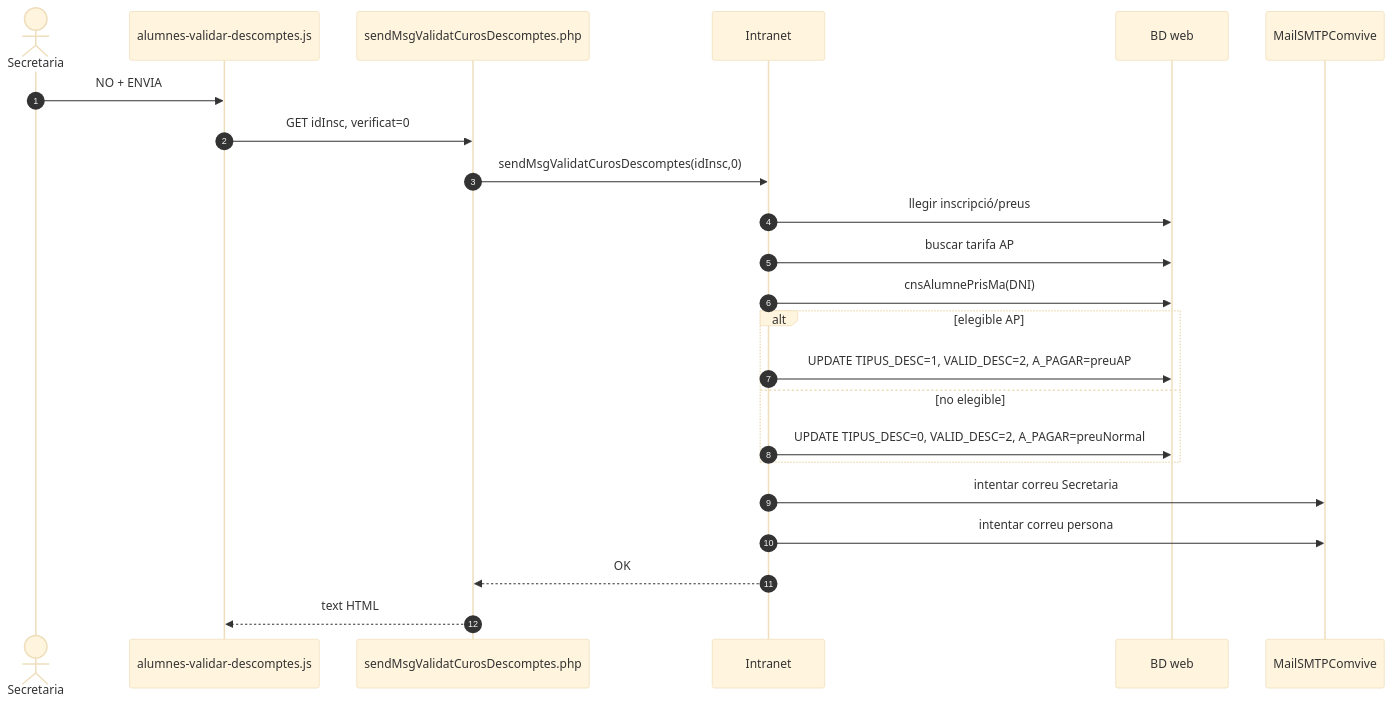
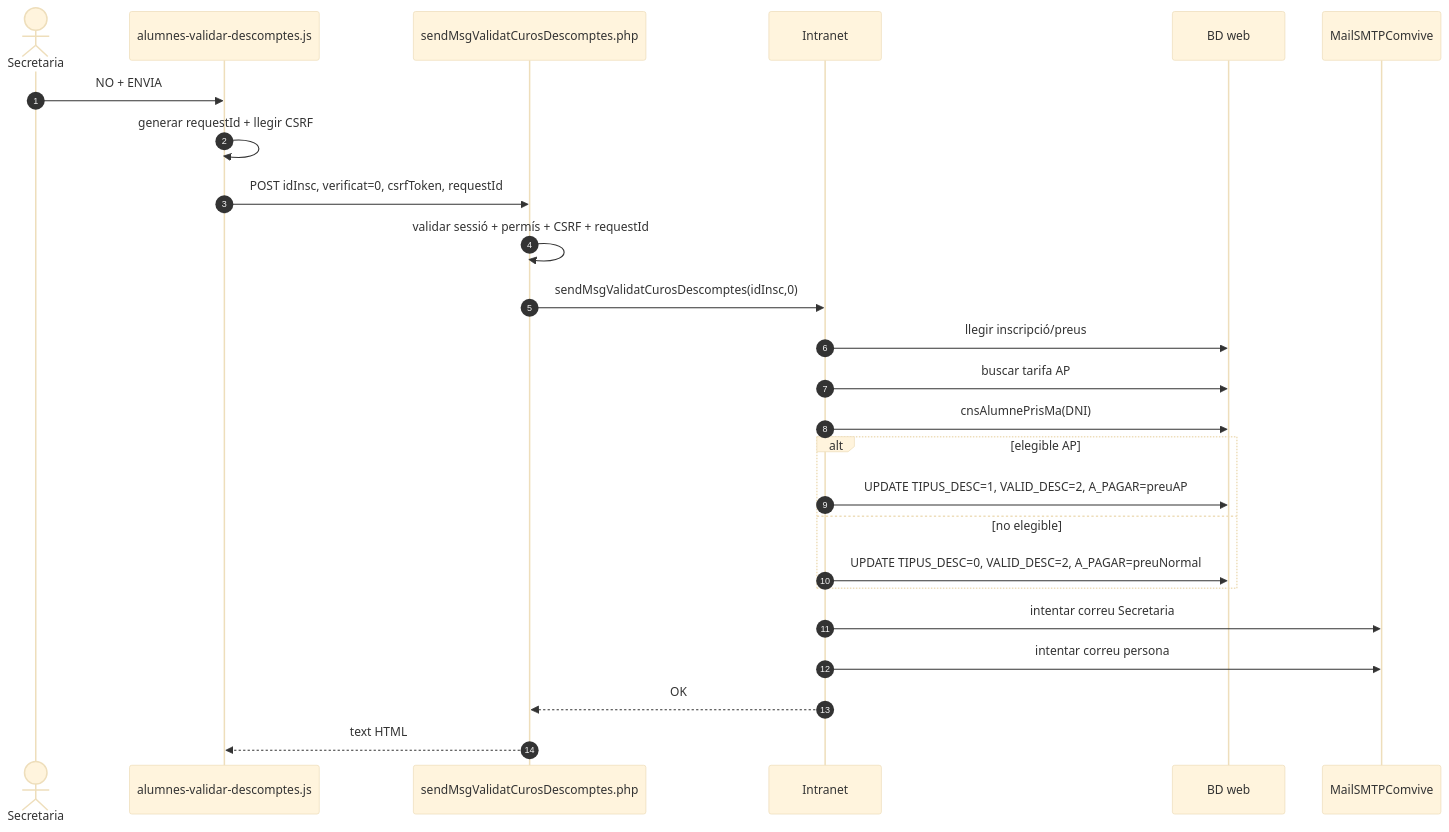
Before and after one commit to orgmeriemprismacat-del/verifactu: the seventh of 13 diagrams in documentacio/07-uml-integrat/uc-020-aplicar-alumne-prisma.md, drawn with Mermaid (base theme). The commit also changed other lines of this file, not shown here.

Commit message:
docs(UC-020): reconcile integrated UML with current runtime

````diff
--- a/documentacio/07-uml-integrat/uc-020-aplicar-alumne-prisma.md
+++ b/documentacio/07-uml-integrat/uc-020-aplicar-alumne-prisma.md
@@ -376,28 +382,30 @@
 ```mermaid
 sequenceDiagram
     autonumber
     actor S as Secretaria
     participant JS as alumnes-validar-descomptes.js
     participant EP as sendMsgValidatCurosDescomptes.php
     participant I as Intranet
     participant DB as BD web
     participant Mail as MailSMTPComvive
 
     S->>JS: NO + ENVIA
-    JS->>EP: GET idInsc, verificat=0
+    JS->>JS: generar requestId + llegir CSRF
+    JS->>EP: POST idInsc, verificat=0, csrfToken, requestId
+    EP->>EP: validar sessió + permís + CSRF + requestId
     EP->>I: sendMsgValidatCurosDescomptes(idInsc,0)
     I->>DB: llegir inscripció/preus
     I->>DB: buscar tarifa AP
     I->>DB: cnsAlumnePrisMa(DNI)
 
     alt elegible AP
         I->>DB: UPDATE TIPUS_DESC=1, VALID_DESC=2, A_PAGAR=preuAP
     else no elegible
         I->>DB: UPDATE TIPUS_DESC=0, VALID_DESC=2, A_PAGAR=preuNormal
     end
 
     I->>Mail: intentar correu Secretaria
     I->>Mail: intentar correu persona
     I-->>EP: OK
     EP-->>JS: text HTML
 ```
````
